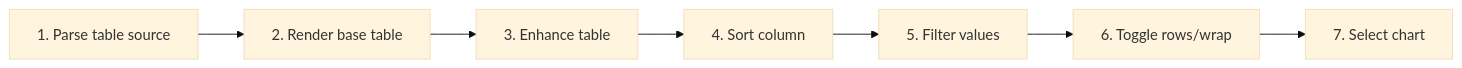
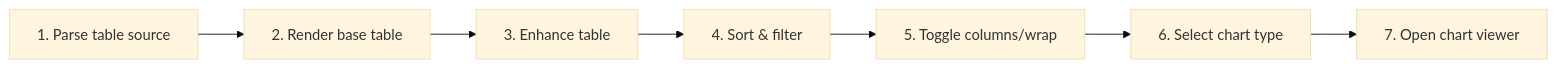
The diagram in docs/instructions/02-use-cases/UC-024-tables-charts.md (the-long-ride/markdown-explorer), drawn with Mermaid (base theme) before and after one commit. The commit also changed other lines of this file and 11 other files, not shown here.

````diff
--- a/docs/instructions/02-use-cases/UC-024-tables-charts.md
+++ b/docs/instructions/02-use-cases/UC-024-tables-charts.md
@@ -50,16 +63,16 @@
 ```mermaid
 flowchart LR
     S1["1. Parse table source"]
     S2["2. Render base table"]
     S1 --> S2
     S3["3. Enhance table"]
     S2 --> S3
-    S4["4. Sort column"]
+    S4["4. Sort & filter"]
     S3 --> S4
-    S5["5. Filter values"]
+    S5["5. Toggle columns/wrap"]
     S4 --> S5
-    S6["6. Toggle rows/wrap"]
+    S6["6. Select chart type"]
     S5 --> S6
-    S7["7. Select chart"]
+    S7["7. Open chart viewer"]
     S6 --> S7
 ```
````
